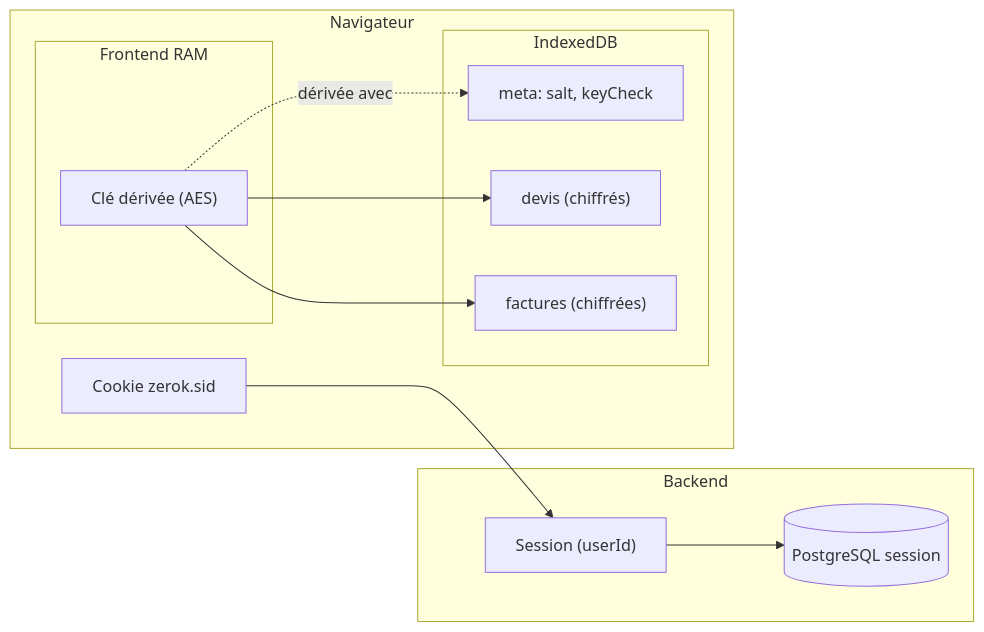
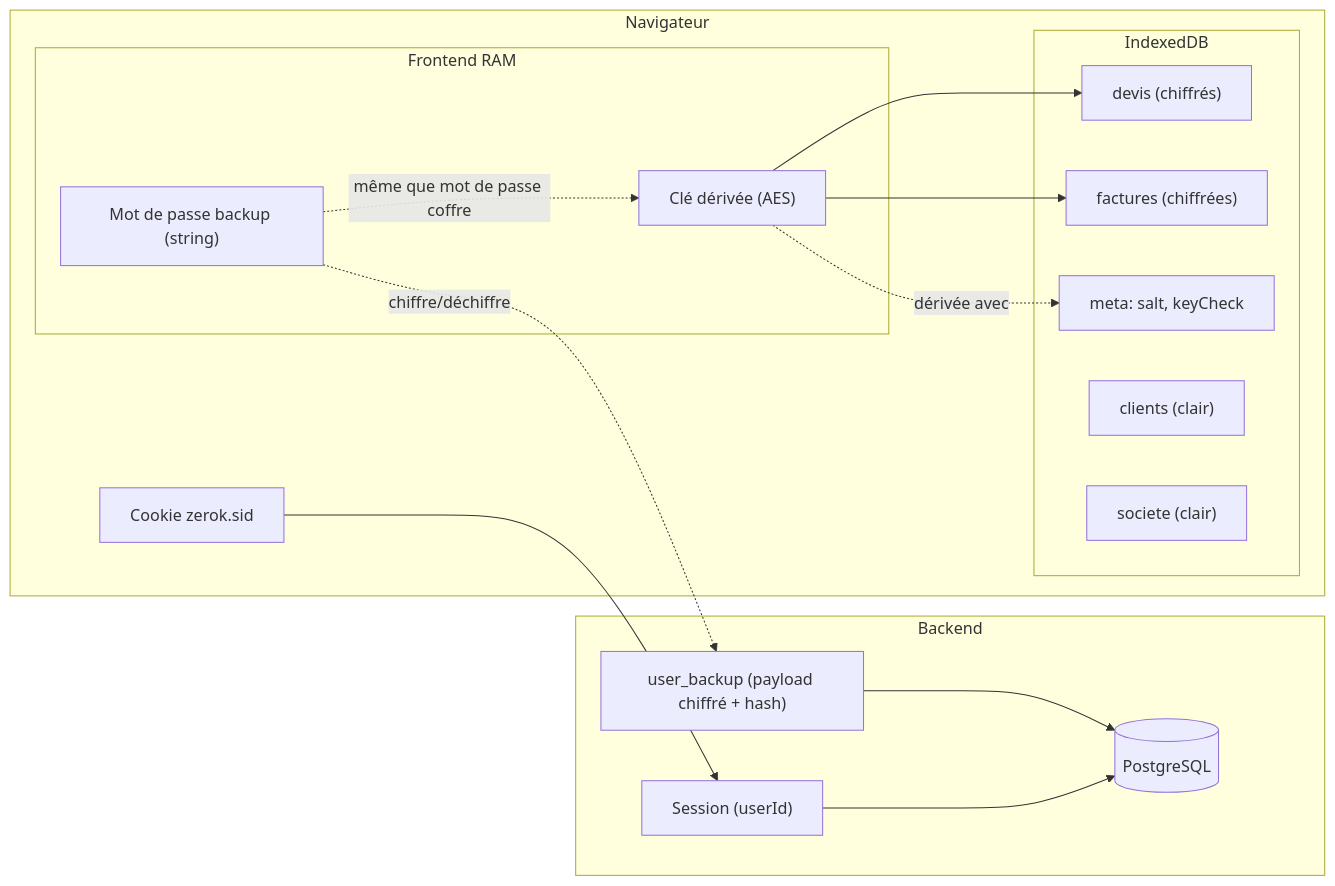
The fourth of 5 diagrams in docs/auth-session-derivation-cle.md (bannik62/zerok-billing), drawn with Mermaid before and after one commit. The commit also changed other lines of this file and 6 other files, not shown here.

````diff
--- a/docs/auth-session-derivation-cle.md
+++ b/docs/auth-session-derivation-cle.md
@@ -73,25 +123,32 @@
 ```mermaid
 flowchart LR
     subgraph Backend
         Session["Session (userId)"]
-        PG[(PostgreSQL session)]
+        PG[(PostgreSQL)]
         Session --> PG
+        Backup["user_backup (payload chiffré + hash)"]
+        Backup --> PG
     end
 
     subgraph Navigateur
         Cookie["Cookie zerok.sid"]
         subgraph Frontend RAM
             Cle["Clé dérivée (AES)"]
+            BkpPwd["Mot de passe backup (string)"]
         end
         subgraph IndexedDB
             Meta["meta: salt, keyCheck"]
             Devis["devis (chiffrés)"]
             Factures["factures (chiffrées)"]
+            Clients["clients (clair)"]
+            Societe["societe (clair)"]
         end
     end
 
     Cookie --> Session
     Cle --> Devis
     Cle --> Factures
     Cle -.->|"dérivée avec"| Meta
+    BkpPwd -.->|"même que mot de passe coffre"| Cle
+    BkpPwd -.->|"chiffre/déchiffre"| Backup
 ```
````
